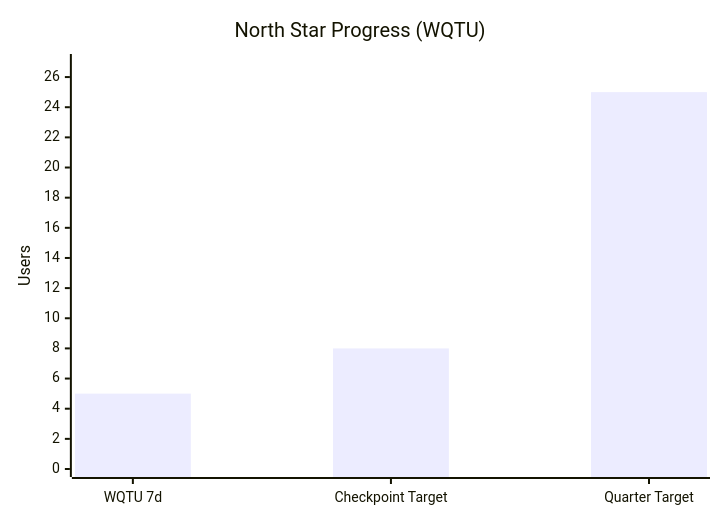
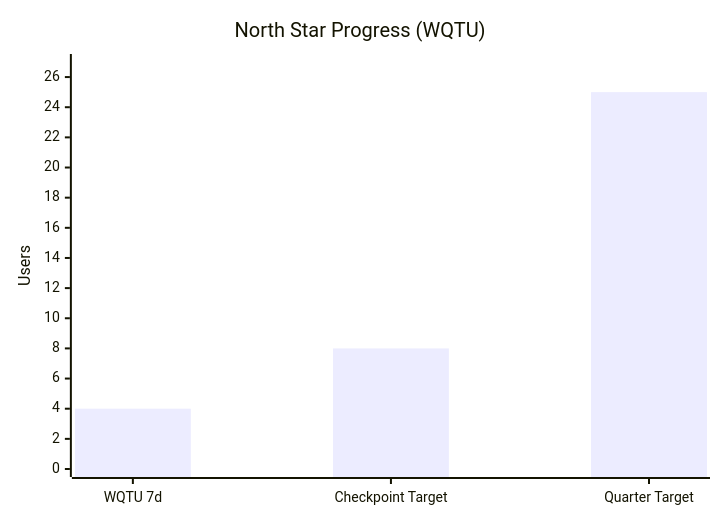
Before and after one commit to IgorGanapolsky/SuperPassword: the second of 4 diagrams in wiki/Paid-Acquisition.md, drawn with Mermaid. The commit also changed other lines of this file and 10 other files, not shown here.

````diff
--- a/wiki/Paid-Acquisition.md
+++ b/wiki/Paid-Acquisition.md
@@ -50,7 +50,7 @@
 ```mermaid
 xychart-beta
     title "North Star Progress (WQTU)"
     x-axis ["WQTU 7d" , "Checkpoint Target" , "Quarter Target"]
     y-axis "Users" 0 --> 27
-    bar [5 , 8 , 25]
+    bar [4 , 8 , 25]
 ```
````
